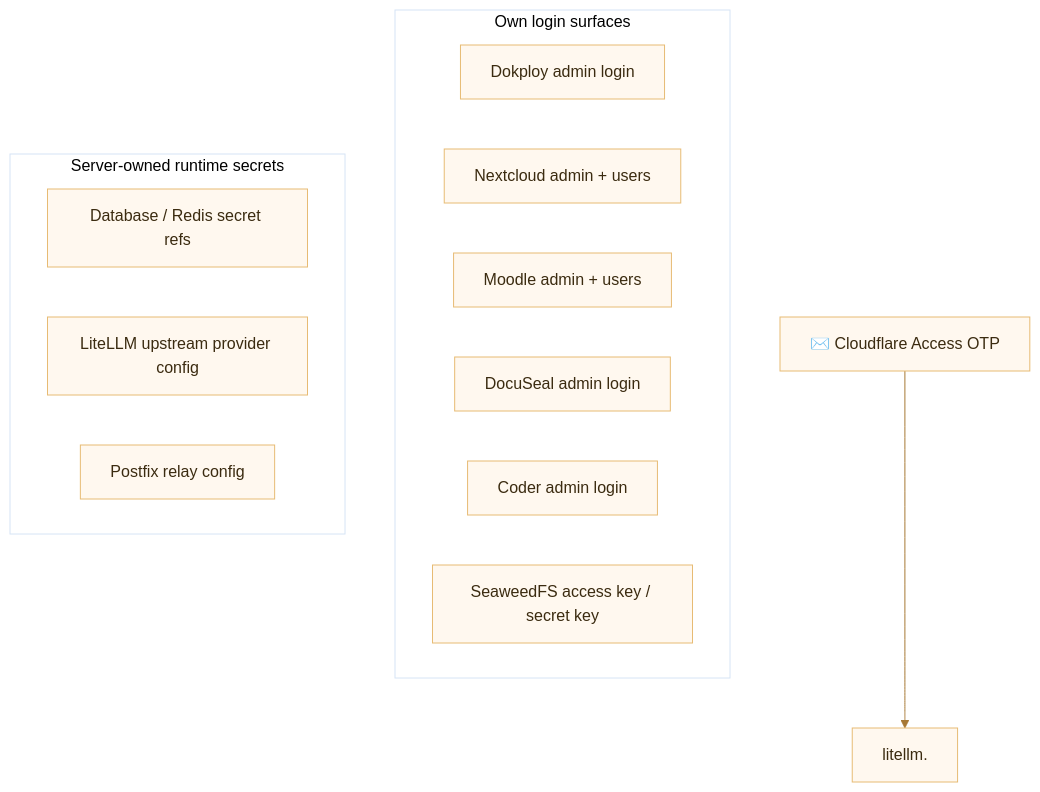
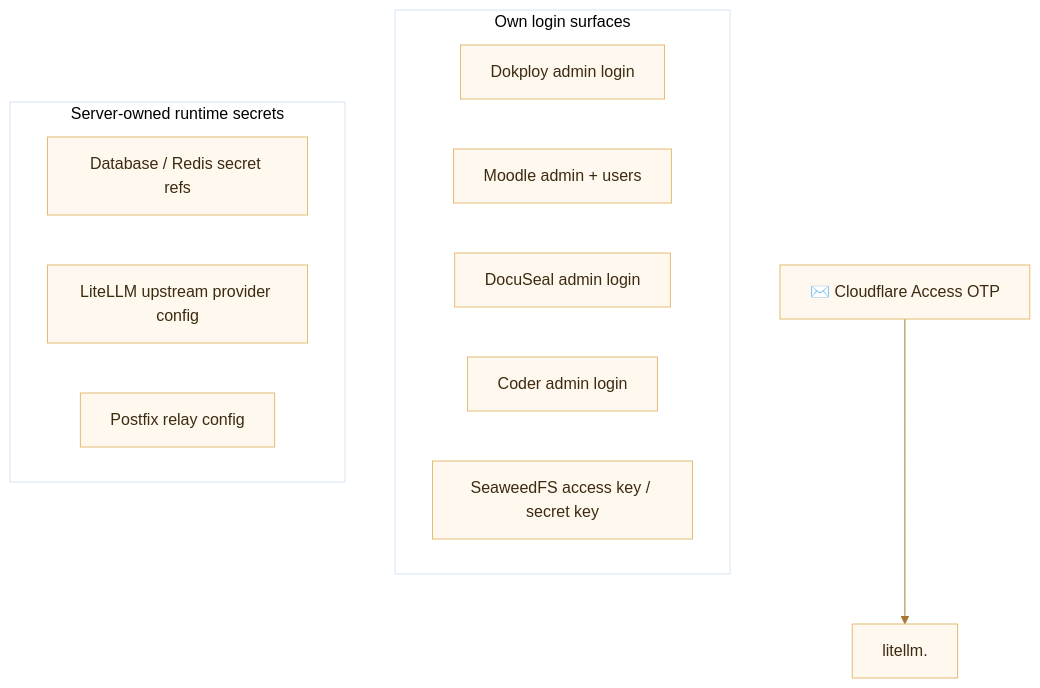
The fourth of 4 diagrams in README.md (borealBytes/dokploy-wizard), drawn with Mermaid before and after one commit. The commit also changed other lines of this file and 68 other files, not shown here.

````diff
--- a/README.md
+++ b/README.md
@@ -659,29 +637,28 @@
 ```mermaid
 %%{init: {
   "theme": "base",
   "themeVariables": {
     "primaryColor": "#fff8ef",
     "primaryTextColor": "#3b2b10",
     "primaryBorderColor": "#e7bb74",
     "lineColor": "#a77834",
     "fontFamily": "Inter, ui-sans-serif, system-ui, sans-serif"
   }
 }}%%
 flowchart TD
     CFOTP[✉️ Cloudflare Access OTP] --> LiteLLMAdmin[litellm.<root-domain>]
 
     subgraph AppLogins[Own login surfaces]
       Dokploy[Dokploy admin login]
-      Nextcloud[Nextcloud admin + users]
       Moodle[Moodle admin + users]
       DocuSeal[DocuSeal admin login]
       Coder[Coder admin login]
       Seaweed[SeaweedFS access key / secret key]
     end
 
     subgraph InternalSecrets[Server-owned runtime secrets]
       DB[Database / Redis secret refs]
       Model[LiteLLM upstream provider config]
       Mail[Postfix relay config]
     end
 ```
````
